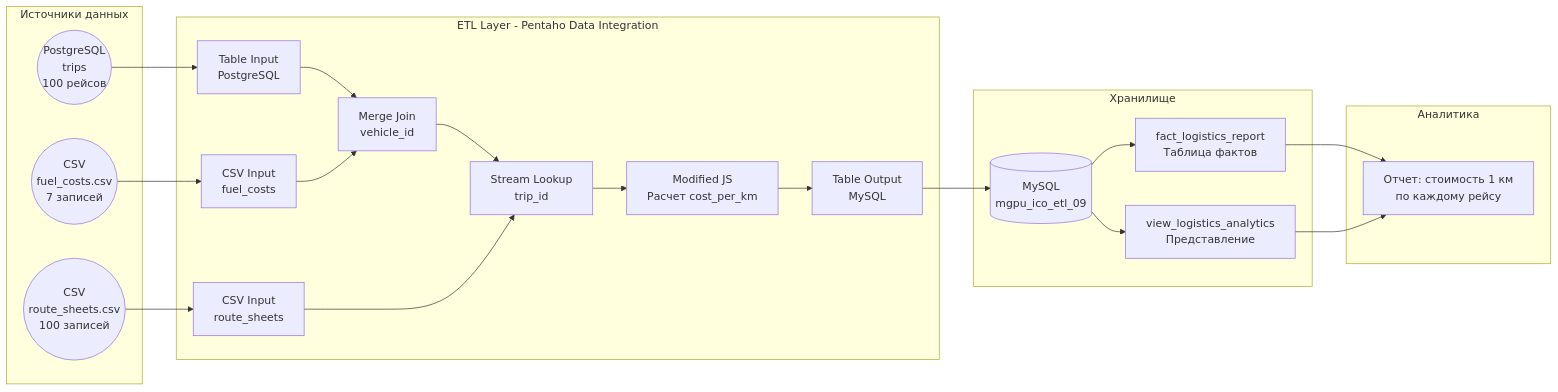
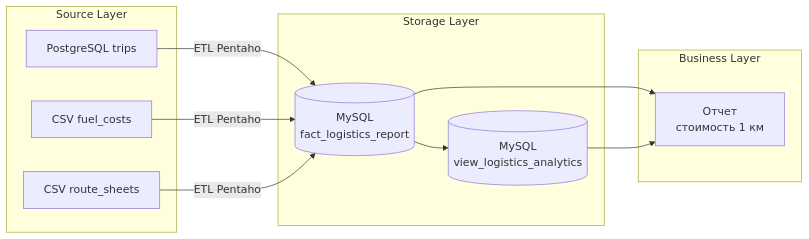
The diagram in lab_03.md (cucann/ETL_practicum), drawn with Mermaid before and after one commit.

````diff
--- a/lab_03.md
+++ b/lab_03.md
@@ -30,43 +30,24 @@
 ```mermaid
 graph LR
-    subgraph Source[Источники данных]
-        A(("PostgreSQL<br/>trips<br/>100 рейсов"))
-        B(("CSV<br/>fuel_costs.csv<br/>7 записей"))
-        C(("CSV<br/>route_sheets.csv<br/>100 записей"))
+    subgraph Source[Source Layer]
+        A[PostgreSQL trips]
+        B[CSV fuel_costs]
+        C[CSV route_sheets]
     end
 
-    subgraph ETL[ETL Layer - Pentaho Data Integration]
-        D[Table Input<br/>PostgreSQL]
-        E[CSV Input<br/>fuel_costs]
-        F[CSV Input<br/>route_sheets]
-        G[Merge Join<br/>vehicle_id]
-        H[Stream Lookup<br/>trip_id]
-        I[Modified JS<br/>Расчет cost_per_km]
-        J[Table Output<br/>MySQL]
+    subgraph Storage[Storage Layer]
+        D[(MySQL<br/>fact_logistics_report)]
+        E[(MySQL<br/>view_logistics_analytics)]
     end
 
-    subgraph Storage[Хранилище]
-        K[(MySQL<br/>mgpu_ico_etl_09)]
-        L[fact_logistics_report<br/>Таблица фактов]
-        M[view_logistics_analytics<br/>Представление]
+    subgraph Business[Business Layer]
+        F[Отчет<br/>стоимость 1 км]
     end
 
-    subgraph Business[Аналитика]
-        N[Отчет: стоимость 1 км<br/>по каждому рейсу]
-    end
-
-    A --> D
-    B --> E
-    C --> F
-    D --> G
-    E --> G
-    G --> H
-    F --> H
-    H --> I
-    I --> J
-    J --> K
-    K --> L
-    K --> M
-    L --> N
-    M --> N
+    A -->|ETL Pentaho| D
+    B -->|ETL Pentaho| D
+    C -->|ETL Pentaho| D
+    D --> E
+    D --> F
+    E --> F
 ```
````
